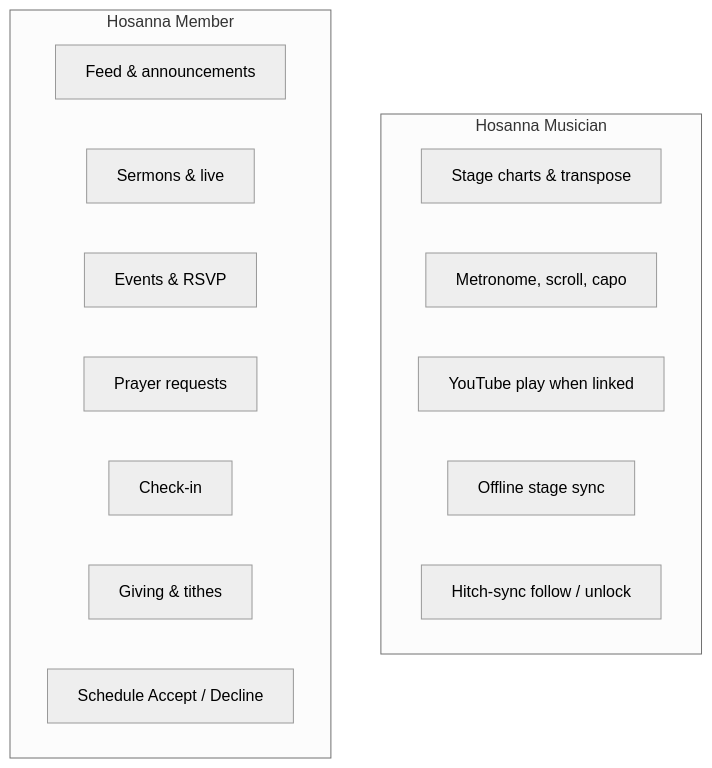
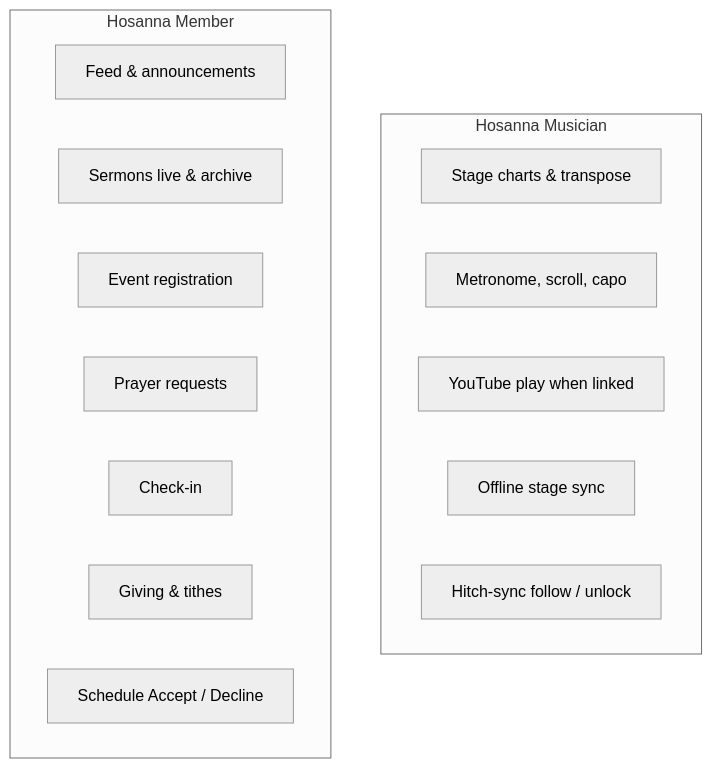
Before and after one commit to Apoll011/hosanna-suite: the fourth of 4 diagrams in docs/FUTURE_DIRECTION.md, drawn with Mermaid (neutral theme). The commit also changed other lines of this file, not shown here.

````diff
--- a/docs/FUTURE_DIRECTION.md
+++ b/docs/FUTURE_DIRECTION.md
@@ -287,20 +302,20 @@
 ```mermaid
 flowchart TD
     subgraph MusicianApp ["Hosanna Musician"]
         M1[Stage charts & transpose]
         M2[Metronome, scroll, capo]
         M3[YouTube play when linked]
         M4[Offline stage sync]
         M5[Hitch-sync follow / unlock]
     end
 
     subgraph MemberApp ["Hosanna Member"]
         C1[Feed & announcements]
-        C2[Sermons & live]
-        C3[Events & RSVP]
+        C2[Sermons live & archive]
+        C3[Event registration]
         C4[Prayer requests]
         C5[Check-in]
         C6[Giving & tithes]
         C7[Schedule Accept / Decline]
     end
 ```
````
